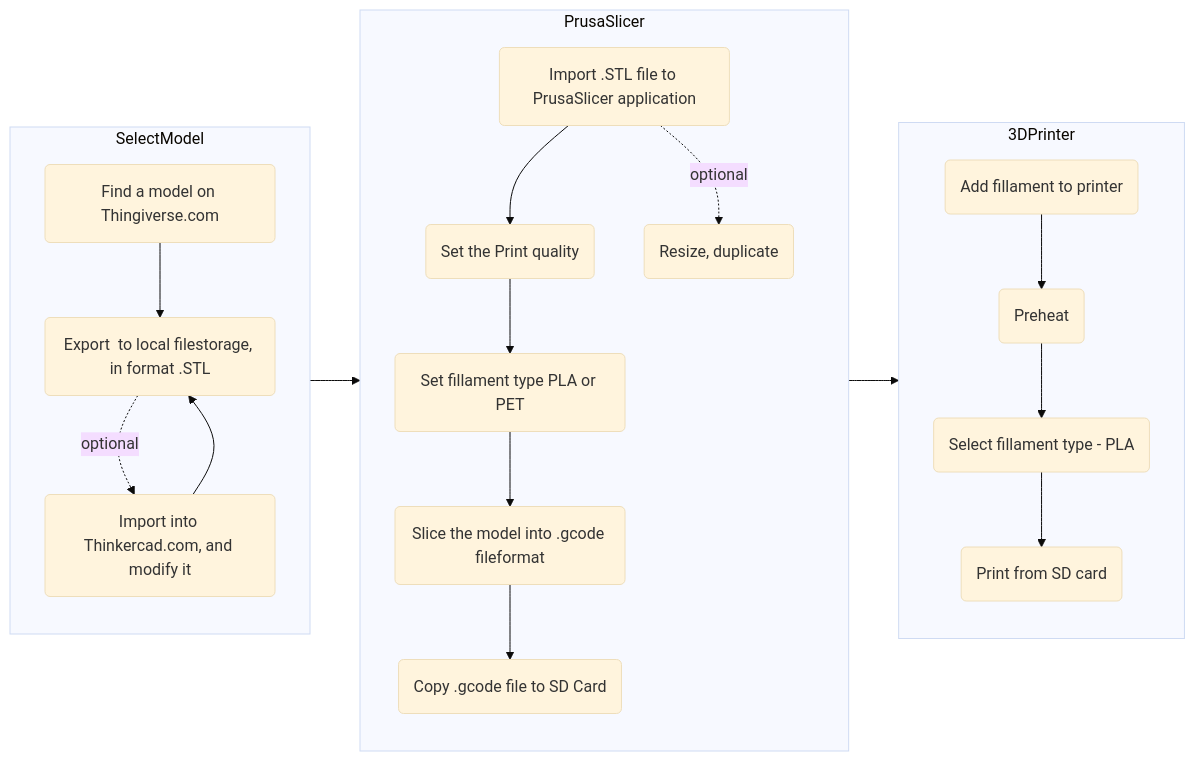
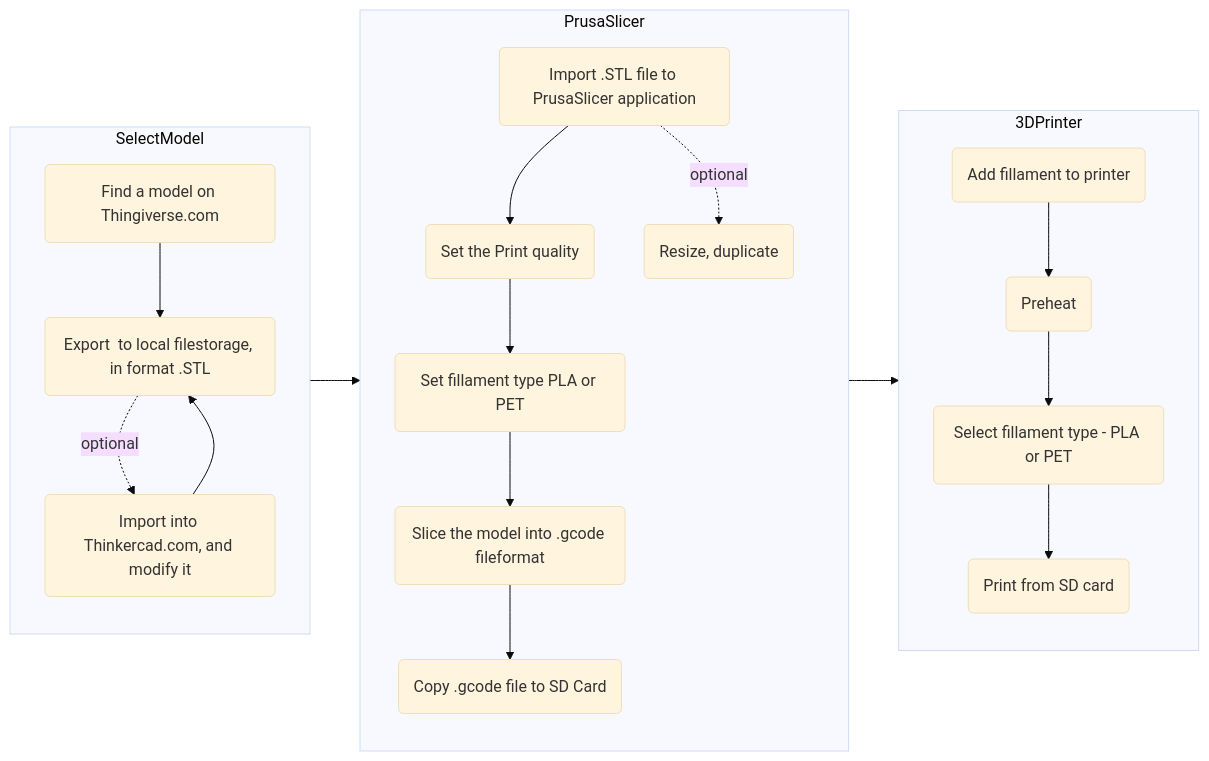
One commit to marmid74/playground changed the diagram in README.md. Above: the diagram before and after it, drawn with Mermaid (base theme).

````diff
--- a/README.md
+++ b/README.md
@@ -2,38 +2,38 @@
 ```mermaid
   flowchart LR;
     subgraph SelectModel
     direction TB
     A(Find a model on Thingiverse.com)
     C(Import into Thinkercad.com, and modify it)
     D(Export  to local filestorage, in format .STL)
     A-->D
     D-. optional .->C
     C-->D 
     end
 
     subgraph PrusaSlicer
     direction TB
     E(Import .STL file to PrusaSlicer application)
     E2(Resize, duplicate)
     F(Set the Print quality)
     F2(Set fillament type PLA or PET)
     G(Slice the model into .gcode fileformat)
     H(Copy .gcode file to SD Card)
 
     E-->F
     F-->F2
     E-. optional .->E2
     F2-->G
     G-->H
     end
 
     subgraph 3DPrinter
     direction TB
     I(Add fillament to printer)-->J(Preheat)
-    J-->K(Select fillament type - PLA)
+    J-->K(Select fillament type - PLA or PET)
     K-->L(Print from SD card)
     end
 
   SelectModel-->PrusaSlicer-->3DPrinter
 
 ```
````
